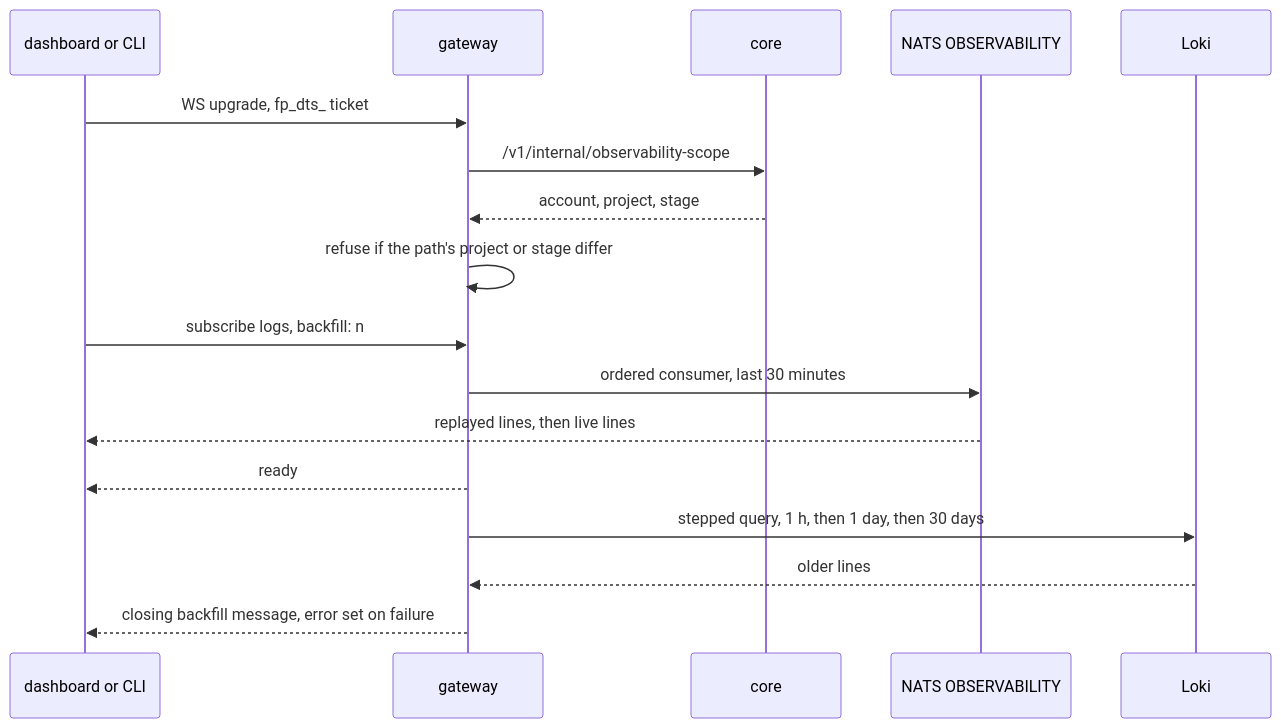
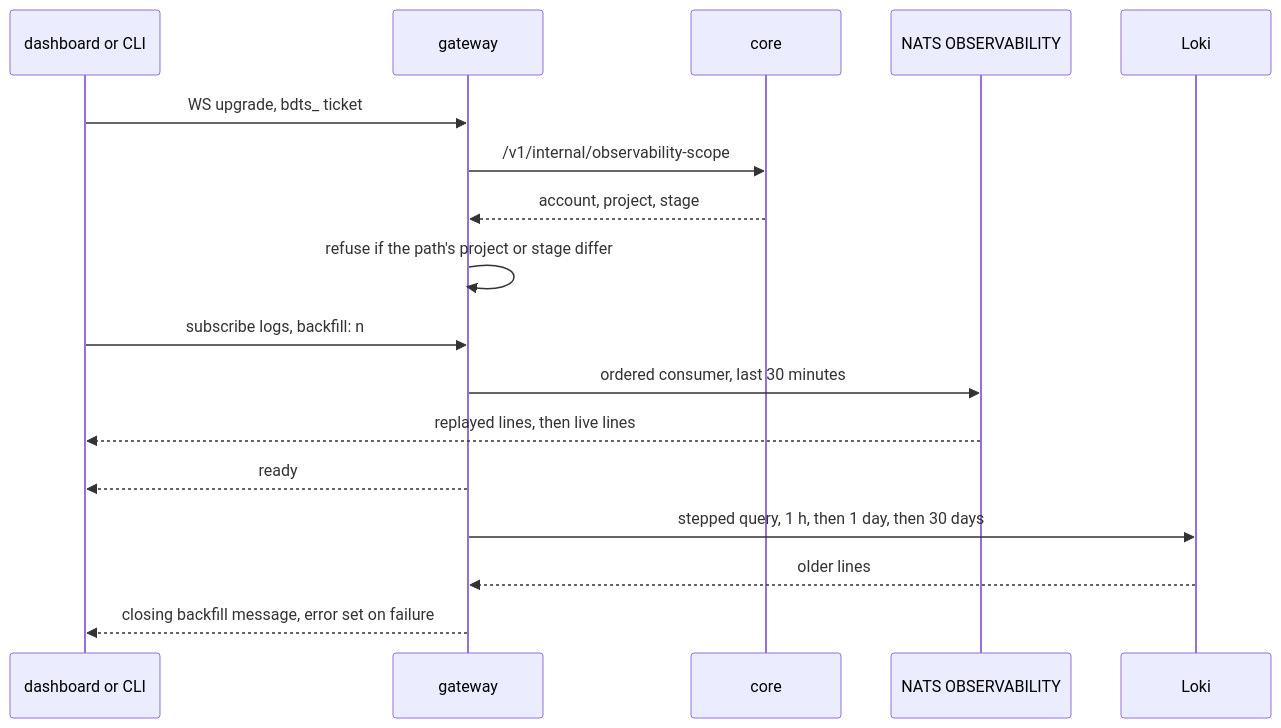
Before and after one commit to beeblastco/broods: the second of 3 diagrams in apps/docs/docs/internals/observability.md, drawn with Mermaid. The commit also changed other lines of this file and 12 other files, not shown here.

````diff
--- a/apps/docs/docs/internals/observability.md
+++ b/apps/docs/docs/internals/observability.md
@@ -52,20 +52,20 @@
 ```mermaid
 sequenceDiagram
   participant C as dashboard or CLI
   participant G as gateway
   participant Core as core
   participant N as NATS OBSERVABILITY
   participant L as Loki
 
-  C->>G: WS upgrade, fp_dts_ ticket
+  C->>G: WS upgrade, bdts_ ticket
   G->>Core: /v1/internal/observability-scope
   Core-->>G: account, project, stage
   G->>G: refuse if the path's project or stage differ
   C->>G: subscribe logs, backfill: n
   G->>N: ordered consumer, last 30 minutes
   N-->>C: replayed lines, then live lines
   G-->>C: ready
   G->>L: stepped query, 1 h, then 1 day, then 30 days
   L-->>G: older lines
   G-->>C: closing backfill message, error set on failure
 ```
````
